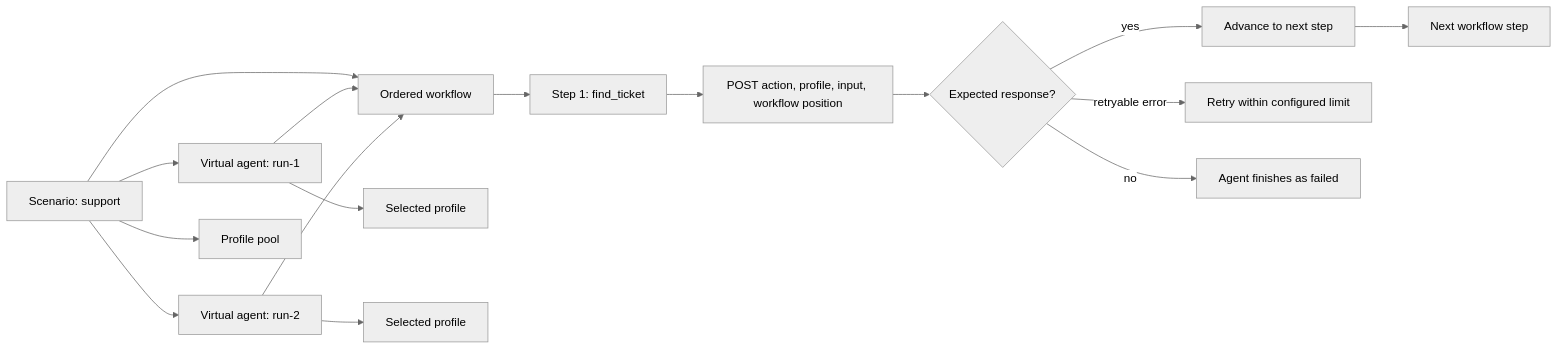
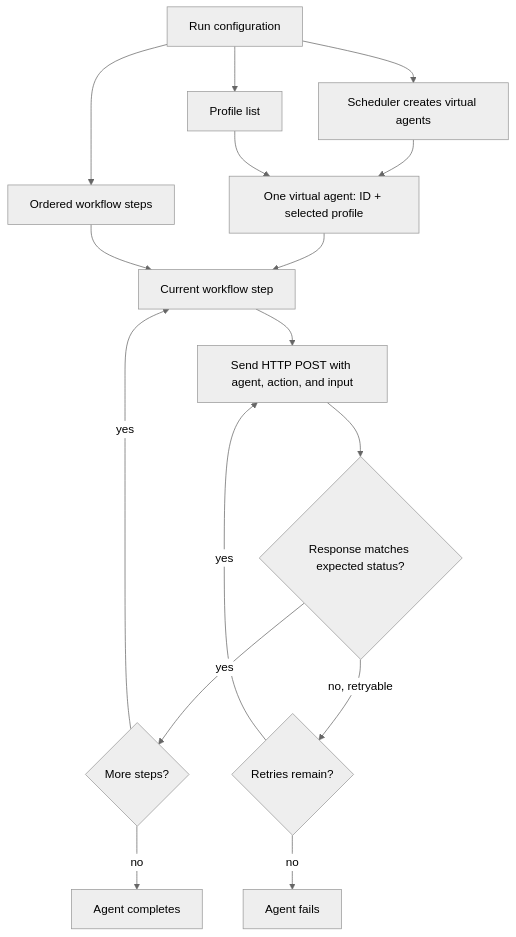
Before and after one commit to ericx057/janky: the second of 3 diagrams in README.md, drawn with Mermaid (neutral theme). The commit also changed other lines of this file, not shown here.

Commit message:
docs: simplify agent simulation diagram

````diff
--- a/README.md
+++ b/README.md
@@ -53,18 +53,18 @@
 ```mermaid
-flowchart LR
-    S[Scenario: support] --> A[Virtual agent: run-1]
-    S --> B[Virtual agent: run-2]
-    S --> P[Profile pool]
-    S --> W[Ordered workflow]
-    A --> PA[Selected profile]
-    B --> PB[Selected profile]
-    A --> W
-    B --> W
-    W --> X[Step 1: find_ticket]
-    X --> Y[POST action, profile, input, workflow position]
-    Y --> Z{Expected response?}
-    Z -- yes --> N[Advance to next step]
-    Z -- retryable error --> R[Retry within configured limit]
-    Z -- no --> F[Agent finishes as failed]
-    N --> X2[Next workflow step]
+flowchart TD
+    C[Run configuration] --> S[Scheduler creates virtual agents]
+    C --> P[Profile list]
+    C --> W[Ordered workflow steps]
+    S --> A[One virtual agent: ID + selected profile]
+    P --> A
+    A --> I[Current workflow step]
+    W --> I
+    I --> Q[Send HTTP POST with agent, action, and input]
+    Q --> R{Response matches expected status?}
+    R -- yes --> N{More steps?}
+    N -- yes --> I
+    N -- no --> D[Agent completes]
+    R -- no, retryable --> T{Retries remain?}
+    T -- yes --> Q
+    T -- no --> F[Agent fails]
 ```
````
